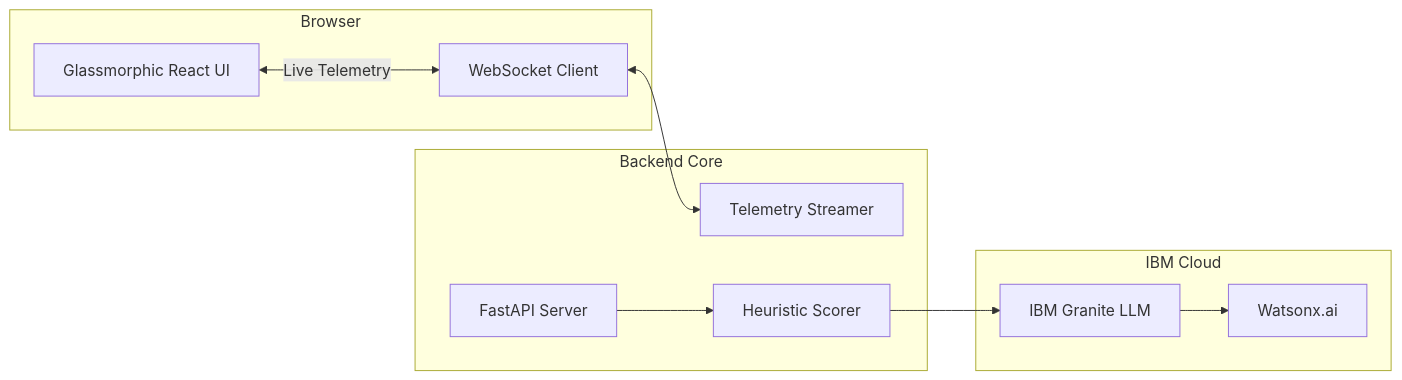
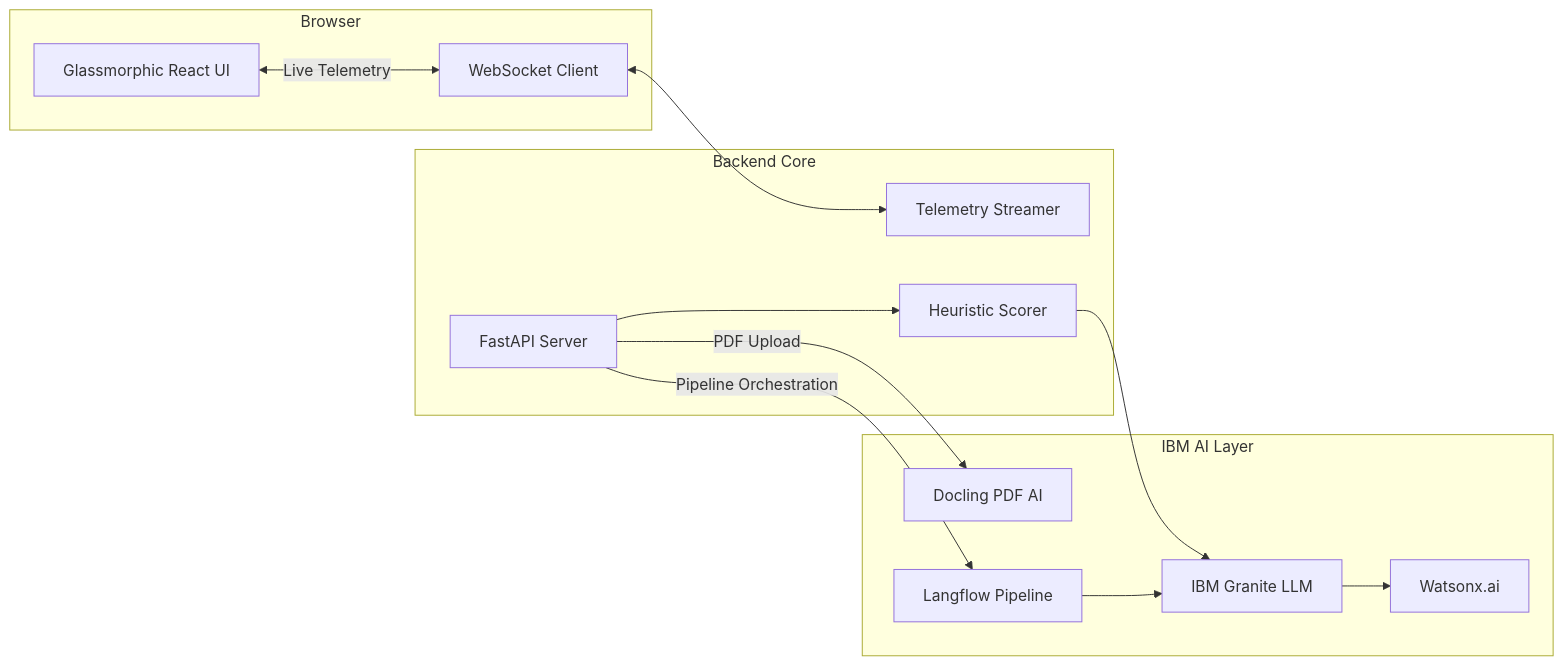
Before and after one commit to rohilkohli/pitMind: the diagram in README.md, drawn with Mermaid. The commit also changed other lines of this file and 2 other files, not shown here.

Commit message:
docs: add architecture documentation and enhance README with IBM technology deep dive and value proposition

````diff
--- a/README.md
+++ b/README.md
@@ -176,24 +231,29 @@
 ```mermaid
 graph LR
     subgraph Browser
         UI[Glassmorphic React UI]
         WS[WebSocket Client]
     end
 
     subgraph Backend Core
         API[FastAPI Server]
         Stream[Telemetry Streamer]
         Scorer[Heuristic Scorer]
     end
 
-    subgraph IBM Cloud
+    subgraph IBM AI Layer
         Granite[IBM Granite LLM]
         Watsonx[Watsonx.ai]
+        Docling[Docling PDF AI]
+        LF[Langflow Pipeline]
     end
 
     UI <-->|Live Telemetry| WS
     WS <--> Stream
     API --> Scorer
     Scorer --> Granite
     Granite --> Watsonx
+    API -->|PDF Upload| Docling
+    API -->|Pipeline Orchestration| LF
+    LF --> Granite
 ```
````
